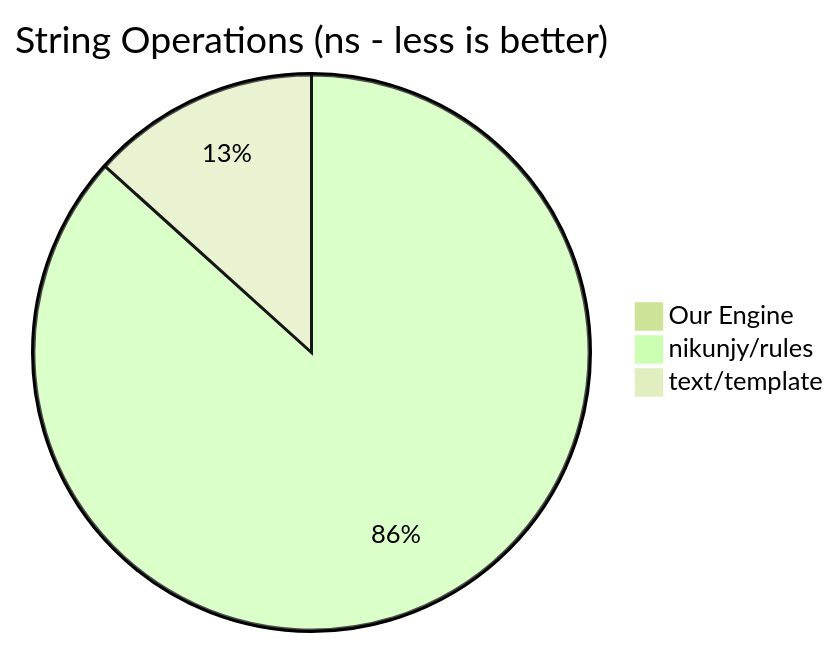
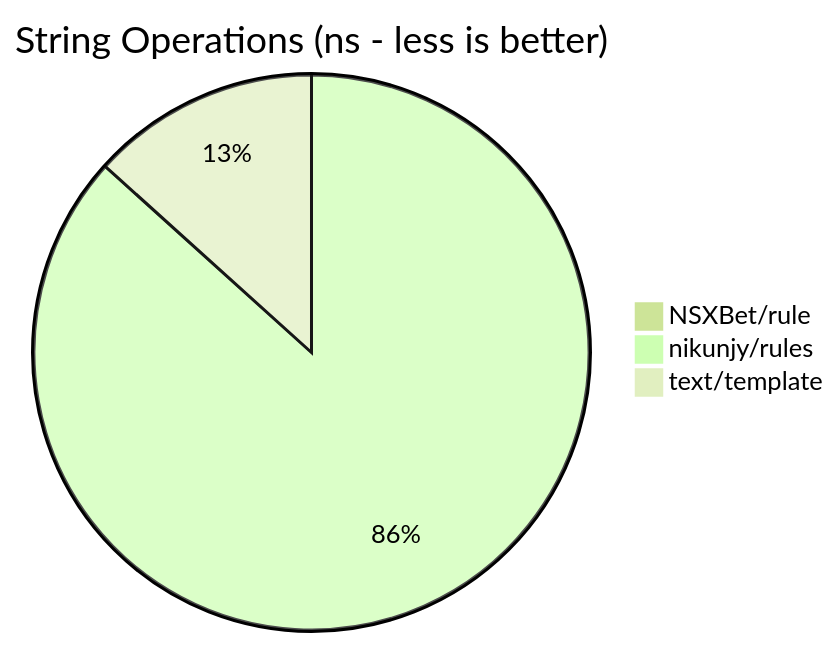
One commit to NSXBet/rule changed the third of 6 diagrams in README.md. Above: the diagram before and after it, drawn with Mermaid (forest theme). The commit also changed other lines of this file, not shown here.

````diff
--- a/README.md
+++ b/README.md
@@ -485,6 +485,6 @@
 ```mermaid
 pie title String Operations (ns - less is better)
-    "Our Engine" : 63.11
+    "NSXBet/rule" : 63.11
     "nikunjy/rules" : 5557
     "text/template" : 853.6
 ```
````
